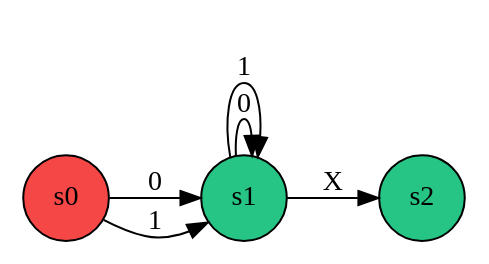
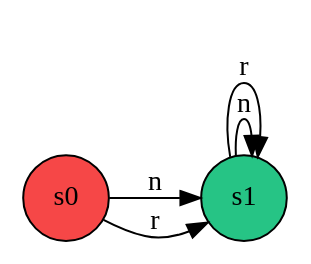
The diagram in graphs/directDFA.gv (virtualmonkey/analizador-sintactico), drawn with Graphviz before and after one commit. The commit also changed 8 other files, not shown here.

```diff
--- a/graphs/directDFA.gv
+++ b/graphs/directDFA.gv
@@ -1,12 +1,10 @@
 digraph "DFA by direct method" {
 	rankdir=LR size=10
 	node [fillcolor="#26C485" shape=circle style=filled]
 	s1
-	s2
 	node [fillcolor="#f64747" shape=circle style=filled]
-	s0 -> s1 [label=0]
-	s0 -> s1 [label=1]
-	s1 -> s1 [label=0]
-	s1 -> s1 [label=1]
-	s1 -> s2 [label=X]
+	s0 -> s1 [label=n]
+	s0 -> s1 [label=r]
+	s1 -> s1 [label=n]
+	s1 -> s1 [label=r]
 }
```
